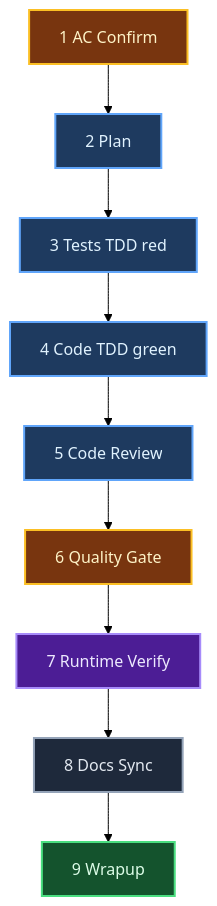
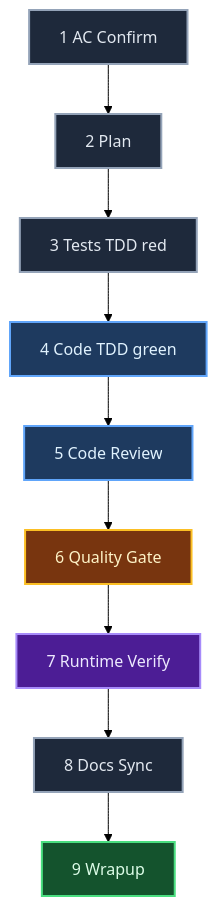
One commit to icarloscornejo/doer changed the first of 3 diagrams in README.md. Above: the diagram before and after it, drawn with Mermaid (forest theme). The commit also changed other lines of this file and 1 other file, not shown here.

First line of the commit message:
feat(3.0.0): consolidate state into metadata.json, drop plan/test loops, cap iters at 3, lite mode, Stage 7 always asks

````diff
--- a/README.md
+++ b/README.md
@@ -94,17 +112,18 @@
 ```mermaid
 flowchart TD
-    A[1 AC Confirm]:::gate --> B[2 Plan]:::loop
-    B --> C[3 Tests TDD red]:::loop
+    A[1 AC Confirm]:::single --> B[2 Plan]:::single
+    B --> C[3 Tests TDD red]:::single
     C --> D[4 Code TDD green]:::loop
     D --> E[5 Code Review]:::loop
     E --> F[6 Quality Gate]:::gate
     F --> G[7 Runtime Verify]:::runtime
     G --> H[8 Docs Sync]:::plain
     H --> I[9 Wrapup]:::final
 
     classDef loop fill:#1e3a5f,stroke:#60a5fa,stroke-width:2px,color:#e0f2fe
     classDef gate fill:#78350f,stroke:#fbbf24,stroke-width:2px,color:#fef3c7
     classDef final fill:#14532d,stroke:#4ade80,stroke-width:2px,color:#dcfce7
     classDef plain fill:#1e293b,stroke:#94a3b8,stroke-width:2px,color:#e2e8f0
     classDef runtime fill:#4c1d95,stroke:#a78bfa,stroke-width:2px,color:#ede9fe
+    classDef single fill:#1e293b,stroke:#94a3b8,stroke-width:2px,color:#e2e8f0
 ```
````
